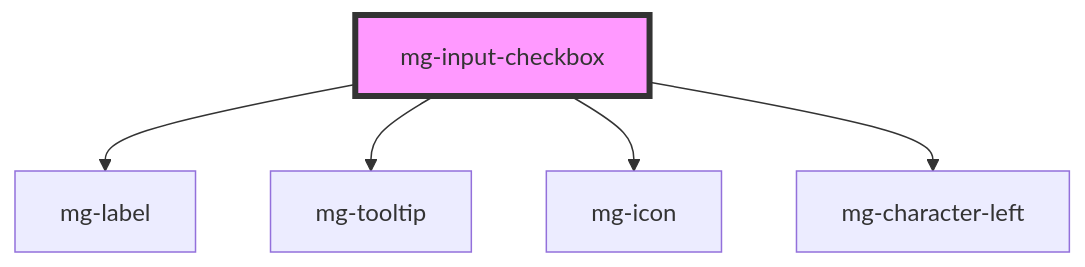
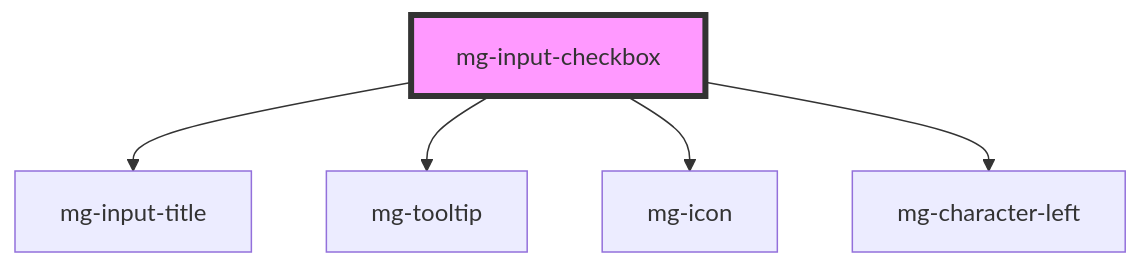
One commit to MGDIS/mg-components changed the diagram in src/components/molecules/inputs/mg-input-checkbox/readme.md. Above: the diagram before and after it, drawn with Mermaid. The commit also changed other lines of this file and 52 other files, not shown here.

First line of the commit message:
feat(mg-input-radio): tests - [x] add e2e tests - [x] add test mg-input-title isFieldset tests - [x] rename mg-label to mg-input-title

````diff
--- a/src/components/molecules/inputs/mg-input-checkbox/readme.md
+++ b/src/components/molecules/inputs/mg-input-checkbox/readme.md
@@ -44,8 +44,8 @@
 ```mermaid
 graph TD;
-  mg-input-checkbox --> mg-label
+  mg-input-checkbox --> mg-input-title
   mg-input-checkbox --> mg-tooltip
   mg-input-checkbox --> mg-icon
   mg-input-checkbox --> mg-character-left
   style mg-input-checkbox fill:#f9f,stroke:#333,stroke-width:4px
 ```
````
